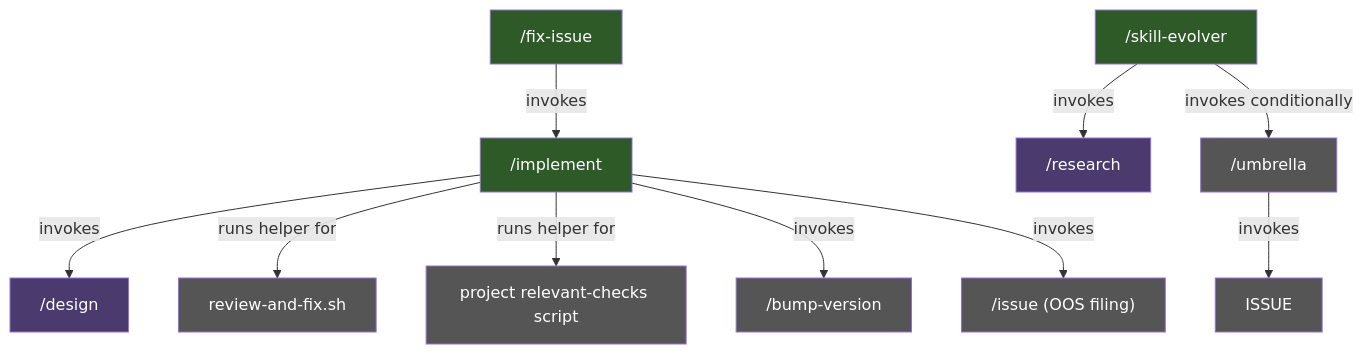
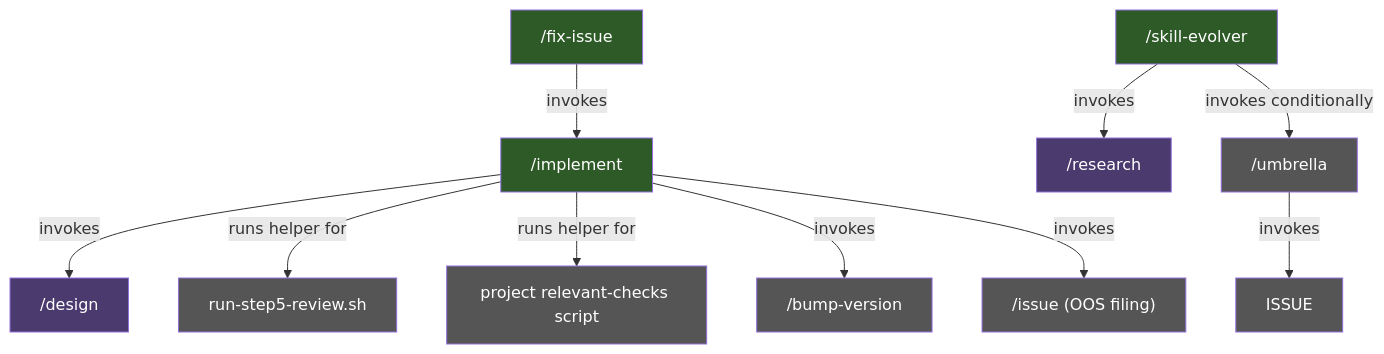
One commit to character-ai/larch changed the first of 3 diagrams in docs/workflow-lifecycle.md. Above: the diagram before and after it, drawn with Mermaid. The commit also changed other lines of this file and 9 other files, not shown here.

````diff
--- a/docs/workflow-lifecycle.md
+++ b/docs/workflow-lifecycle.md
@@ -9,24 +9,24 @@
 ```mermaid
 graph TD
     IMPLEMENT["/implement"] -->|invokes| DESIGN["/design"]
-    IMPLEMENT -->|runs helper for| REVIEW_FIX["review-and-fix.sh"]
+    IMPLEMENT -->|runs helper for| STEP5["run-step5-review.sh"]
     IMPLEMENT -->|runs helper for| CHECKS["project relevant-checks script"]
     IMPLEMENT -->|invokes| BUMP["/bump-version"]
     IMPLEMENT -->|invokes| ISSUE_OOS["/issue (OOS filing)"]
     FIX["/fix-issue"] -->|invokes| IMPLEMENT
     EVOLVER["/skill-evolver"] -->|invokes| RESEARCH["/research"]
     EVOLVER -->|invokes conditionally| UMBRELLA["/umbrella"]
     UMBRELLA -->|invokes| ISSUE
 
     style IMPLEMENT fill:#2d5a27,color:#fff
     style FIX fill:#2d5a27,color:#fff
     style EVOLVER fill:#2d5a27,color:#fff
     style DESIGN fill:#4a3a6e,color:#fff
-    style REVIEW_FIX fill:#555,color:#fff
+    style STEP5 fill:#555,color:#fff
     style RESEARCH fill:#4a3a6e,color:#fff
     style UMBRELLA fill:#555,color:#fff
     style CHECKS fill:#555,color:#fff
     style BUMP fill:#555,color:#fff
     style ISSUE fill:#555,color:#fff
     style ISSUE_OOS fill:#555,color:#fff
 ```
````
